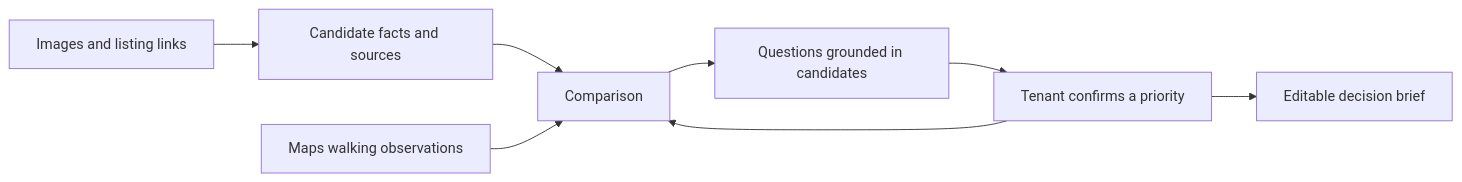
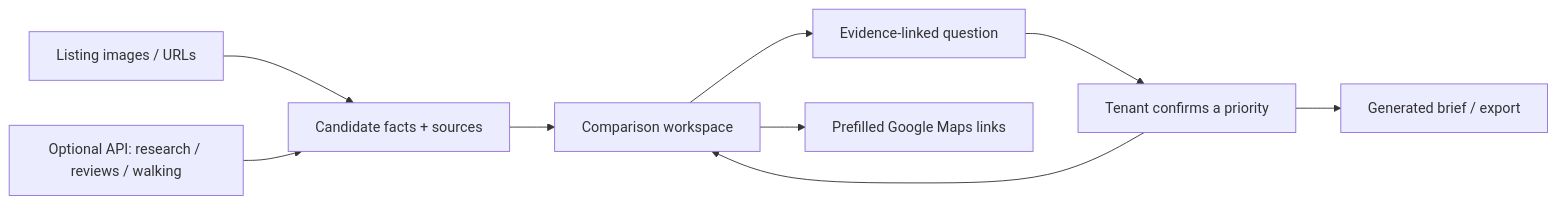
Before and after one commit to SodaShikenn/rental-decision-demo: the diagram in README.md, drawn with Mermaid. The commit also changed other lines of this file and 5 other files, not shown here.

````diff
--- a/README.md
+++ b/README.md
@@ -132,10 +93,11 @@
 ```mermaid
 flowchart LR
-    A[Images and listing links] --> B[Candidate facts and sources]
-    B --> C[Comparison]
-    M[Maps walking observations] --> C
-    C --> D[Questions grounded in candidates]
+    A[Listing images / URLs] --> B[Candidate facts + sources]
+    B --> C[Comparison workspace]
+    C --> D[Evidence-linked question]
     D --> E[Tenant confirms a priority]
     E --> C
-    E --> F[Editable decision brief]
+    E --> F[Generated brief / export]
+    C --> G[Prefilled Google Maps links]
+    H[Optional API: research / reviews / walking] --> B
 ```
````
